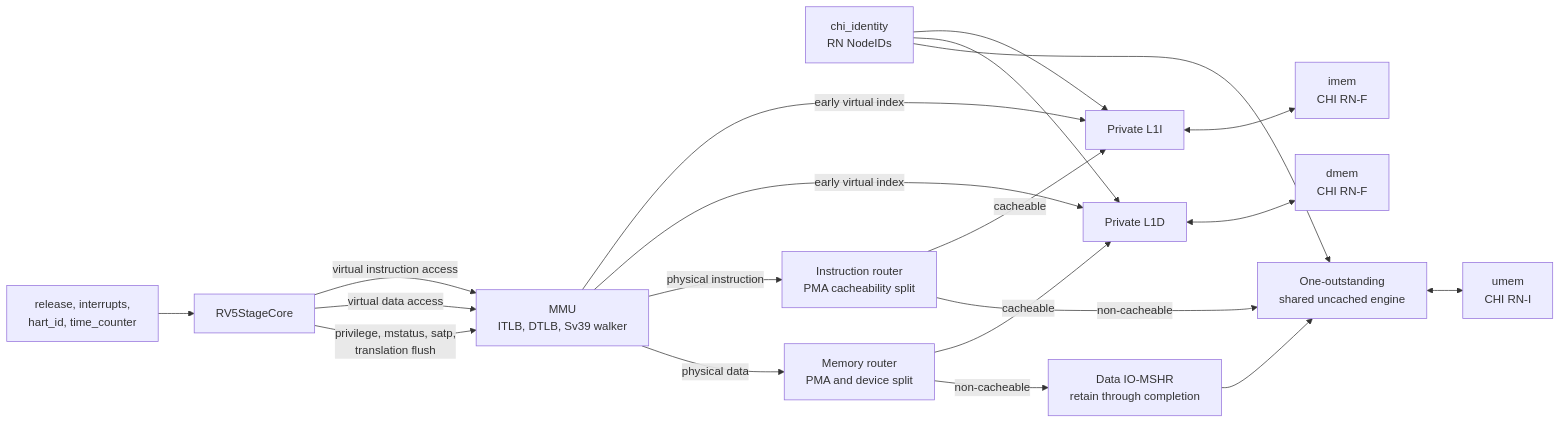
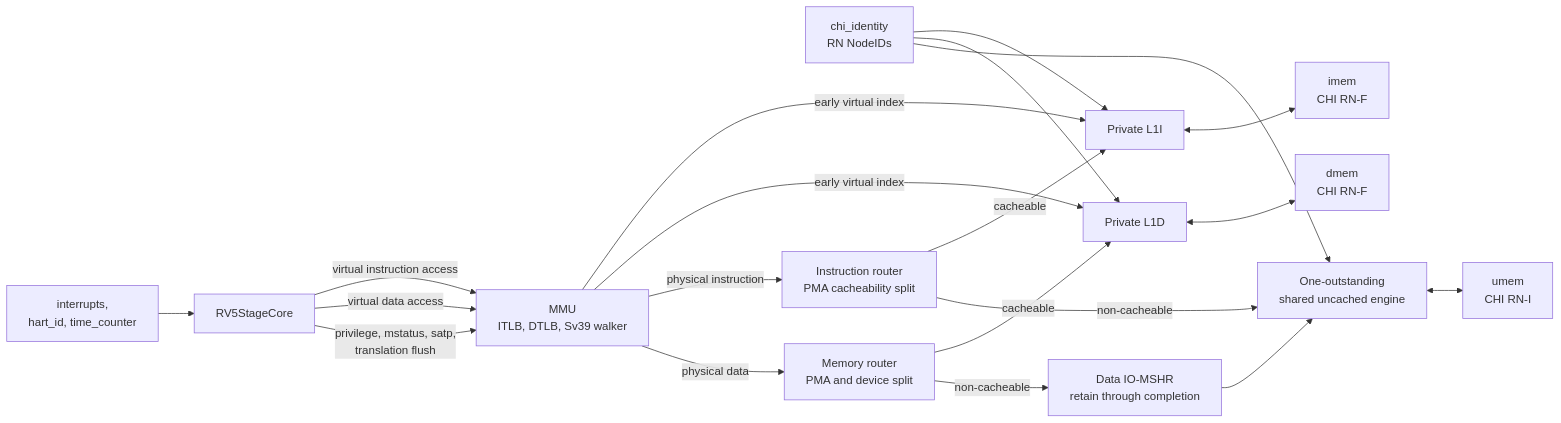
The second of 2 diagrams in cores/rv5stage/README.md (jerryz123/rhodium), drawn with Mermaid before and after one commit. The commit also changed other lines of this file and 48 other files, not shown here.

````diff
--- a/cores/rv5stage/README.md
+++ b/cores/rv5stage/README.md
@@ -299,26 +299,26 @@
 ```mermaid
 flowchart LR
-    RELEASE["release, interrupts,<br/>hart_id, time_counter"] --> CORE["RV5StageCore"]
+    PLATFORM["interrupts,<br/>hart_id, time_counter"] --> CORE["RV5StageCore"]
     IDENTITY["chi_identity<br/>RN NodeIDs"] --> L1I
     IDENTITY --> L1D
     IDENTITY --> UNCACHED
 
     CORE -->|"virtual instruction access"| MMU["MMU<br/>ITLB, DTLB, Sv39 walker"]
     CORE -->|"virtual data access"| MMU
     CORE -->|"privilege, mstatus, satp,<br/>translation flush"| MMU
     MMU -->|"early virtual index"| L1I
     MMU -->|"early virtual index"| L1D
 
     MMU -->|"physical instruction"| IROUTER["Instruction router<br/>PMA cacheability split"]
     IROUTER -->|"cacheable"| L1I["Private L1I"]
     IROUTER -->|"non-cacheable"| UNCACHED["One-outstanding<br/>shared uncached engine"]
     MMU -->|"physical data"| ROUTER["Memory router<br/>PMA and device split"]
     ROUTER -->|"cacheable"| L1D["Private L1D"]
     ROUTER -->|"non-cacheable"| IOMSHR["Data IO-MSHR<br/>retain through completion"]
     IOMSHR --> UNCACHED
 
     L1I <--> IMEM["imem<br/>CHI RN-F"]
     L1D <--> DMEM["dmem<br/>CHI RN-F"]
     UNCACHED <--> UMEM["umem<br/>CHI RN-I"]
 
 ```
````
